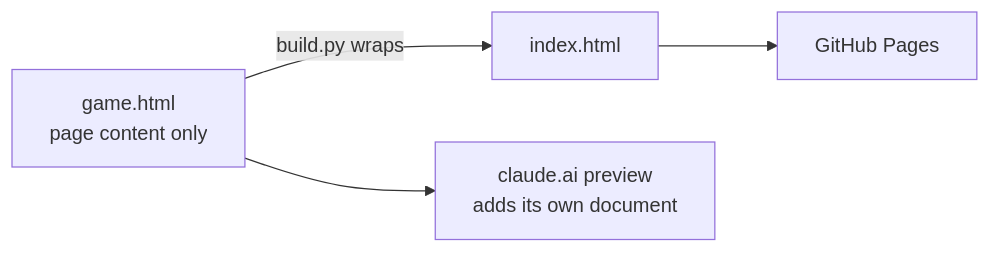
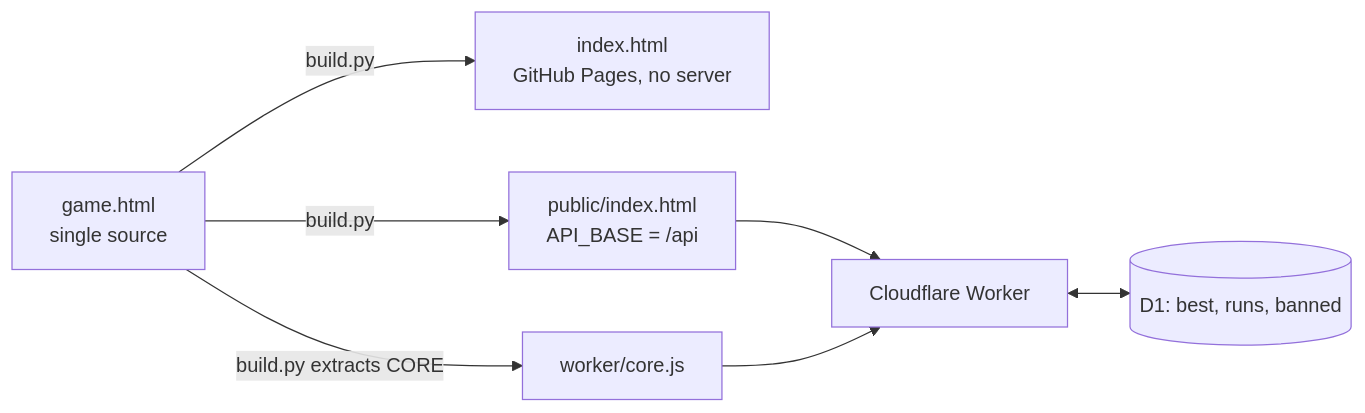
The first of 2 diagrams in README.md (jtwood25-2/lj-cake-stack), drawn with Mermaid before and after one commit. The commit also changed other lines of this file and 10 other files, not shown here.

First line of the commit message:
Score server: verify every score by replaying its taps

````diff
--- a/README.md
+++ b/README.md
@@ -13,6 +14,9 @@
 ```mermaid
 flowchart LR
-    src[game.html<br/>page content only] -->|build.py wraps| idx[index.html]
-    idx --> pages[GitHub Pages]
-    src --> prev[claude.ai preview<br/>adds its own document]
+    src[game.html<br/>single source] -->|build.py| gh[index.html<br/>GitHub Pages, no server]
+    src -->|build.py| pub[public/index.html<br/>API_BASE = /api]
+    src -->|build.py extracts CORE| core[worker/core.js]
+    pub --> cf[Cloudflare Worker]
+    core --> cf
+    cf <--> d1[(D1: best, runs, banned)]
 ```
````
